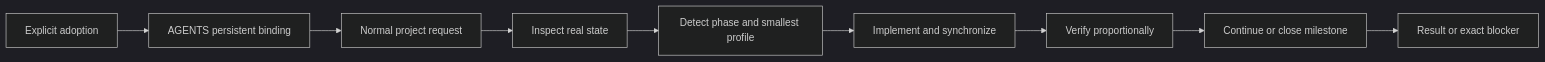
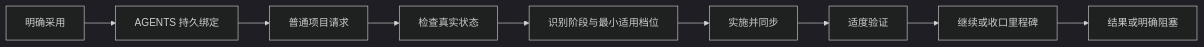
Before and after one commit to Solismuchengxue/skill_swift_cycle: the diagram in DESIGN.md, drawn with Mermaid (dark theme). The commit also changed other lines of this file and 11 other files, not shown here.

````diff
--- a/DESIGN.md
+++ b/DESIGN.md
@@ -59,11 +69,11 @@
 ```mermaid
 flowchart LR
-    Adopt[Explicit adoption] --> Binding[AGENTS persistent binding]
-    Binding --> Request[Normal project request]
-    Request --> Inspect[Inspect real state]
-    Inspect --> Route[Detect phase and smallest profile]
-    Route --> Change[Implement and synchronize]
-    Change --> Verify[Verify proportionally]
-    Verify --> Close[Continue or close milestone]
-    Close --> Result[Result or exact blocker]
+    Adopt[明确采用] --> Binding[AGENTS 持久绑定]
+    Binding --> Request[普通项目请求]
+    Request --> Inspect[检查真实状态]
+    Inspect --> Route[识别阶段与最小适用档位]
+    Route --> Change[实施并同步]
+    Change --> Verify[适度验证]
+    Verify --> Close[继续或收口里程碑]
+    Close --> Result[结果或明确阻塞]
 ```
````
